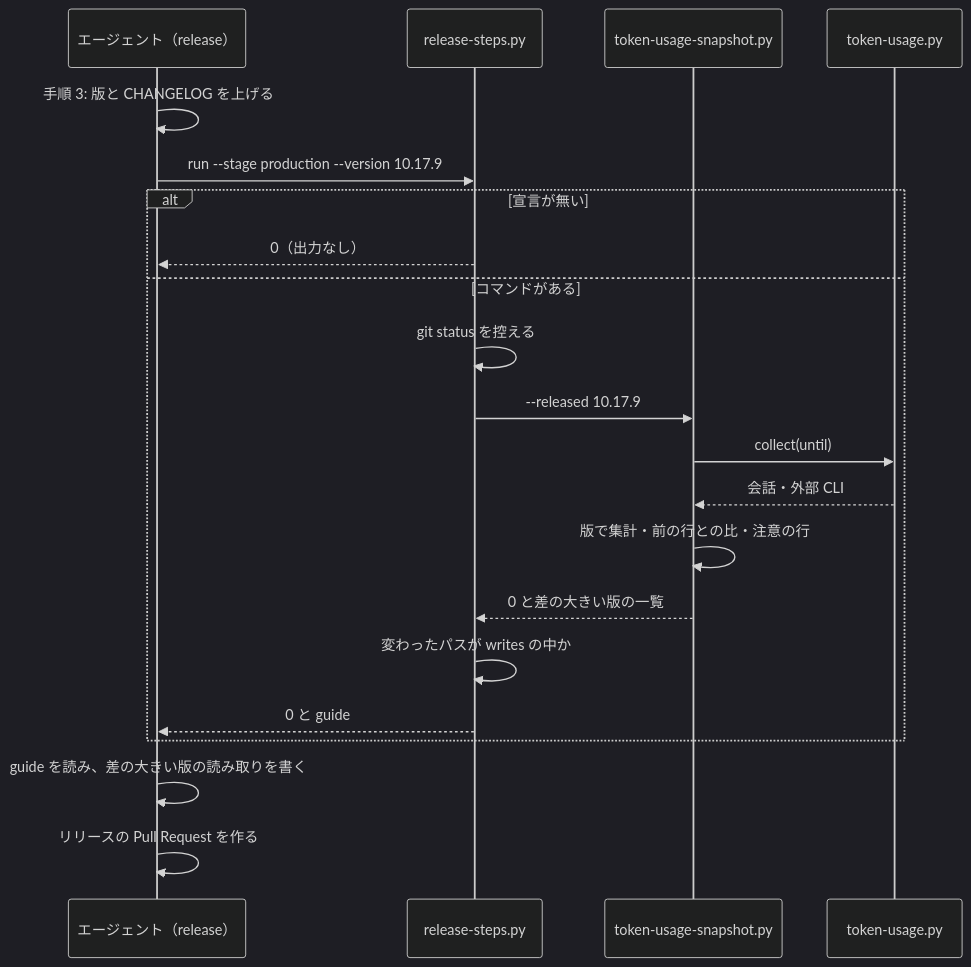
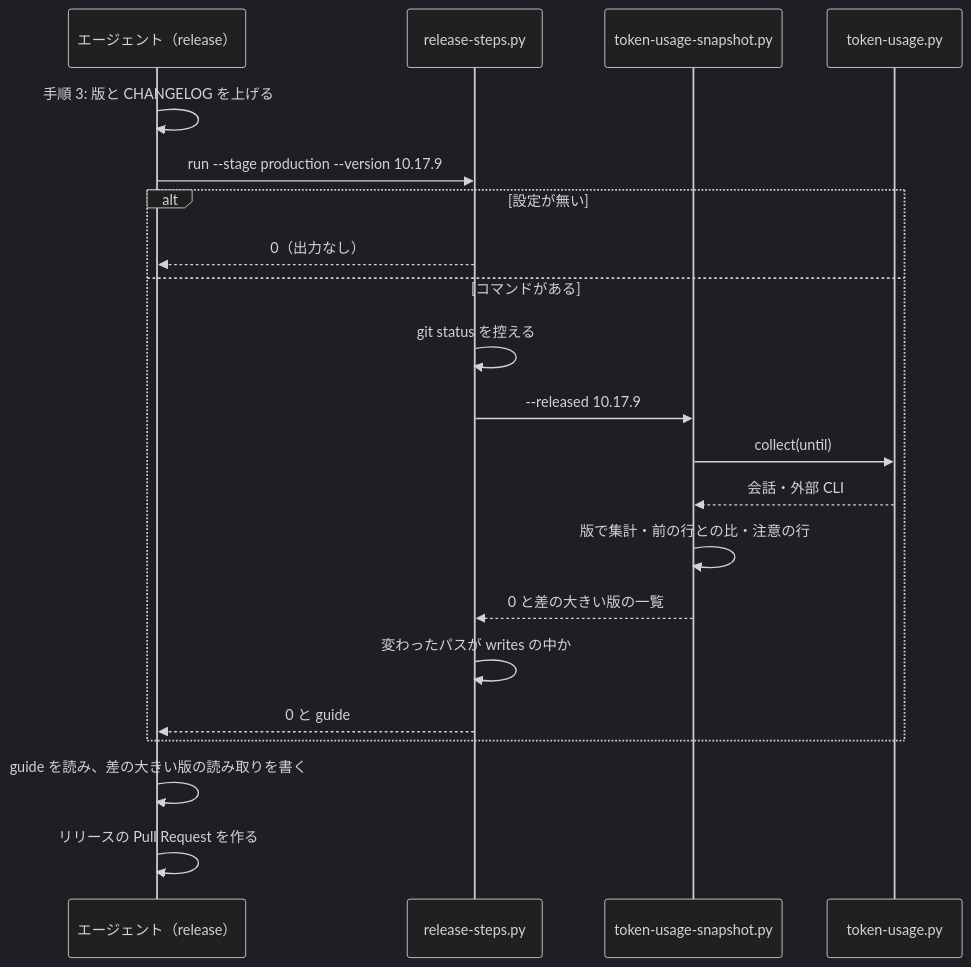
The second of 2 diagrams in docs/specifications/ndf-release-steps-and-token-usage-snapshot.md (devbasex/ai-plugins), drawn with Mermaid (dark theme) before and after one commit. The commit also changed other lines of this file, not shown here.

````diff
--- a/docs/specifications/ndf-release-steps-and-token-usage-snapshot.md
+++ b/docs/specifications/ndf-release-steps-and-token-usage-snapshot.md
@@ -286,23 +286,23 @@
 ```mermaid
 sequenceDiagram
     participant AG as エージェント（release）
     participant RS as release-steps.py
     participant SN as token-usage-snapshot.py
     participant TU as token-usage.py
     AG->>AG: 手順 3: 版と CHANGELOG を上げる
     AG->>RS: run --stage production --version 10.17.9
-    alt 宣言が無い
+    alt 設定が無い
         RS-->>AG: 0（出力なし）
     else コマンドがある
         RS->>RS: git status を控える
         RS->>SN: --released 10.17.9
         SN->>TU: collect(until)
         TU-->>SN: 会話・外部 CLI
         SN->>SN: 版で集計・前の行との比・注意の行
         SN-->>RS: 0 と差の大きい版の一覧
         RS->>RS: 変わったパスが writes の中か
         RS-->>AG: 0 と guide
     end
     AG->>AG: guide を読み、差の大きい版の読み取りを書く
     AG->>AG: リリースの Pull Request を作る
 ```
````
